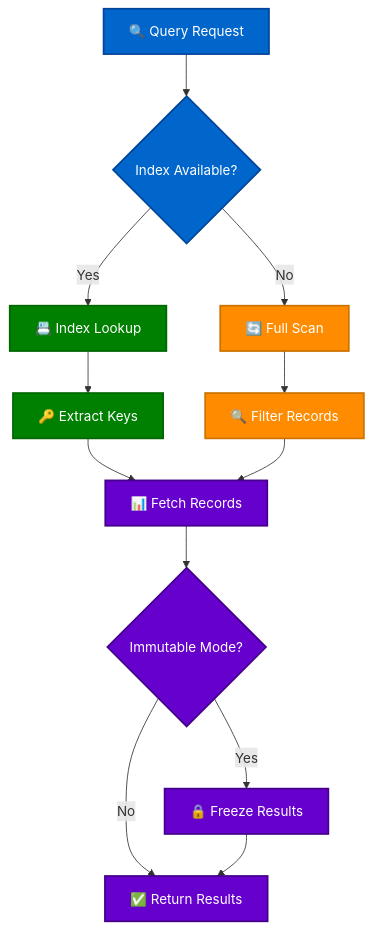
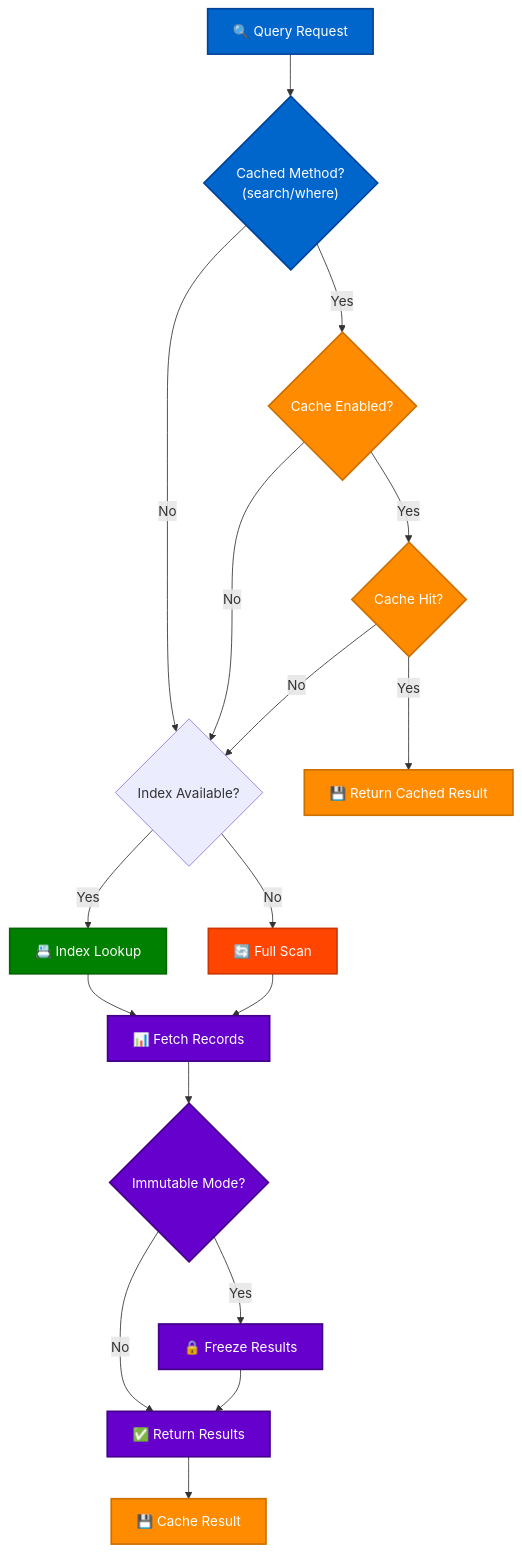
One commit to avoidwork/haro changed the second of 9 diagrams in docs/TECHNICAL_DOCUMENTATION.md. Above: the diagram before and after it, drawn with Mermaid. The commit also changed other lines of this file and 54 other files, not shown here.

````diff
--- a/docs/TECHNICAL_DOCUMENTATION.md
+++ b/docs/TECHNICAL_DOCUMENTATION.md
@@ -123,30 +133,39 @@
 ```mermaid
 flowchart TD
-    A["🔍 Query Request"] --> B{"Index Available?"}
+    A["🔍 Query Request"] --> B{"Cached Method?<br/>(search/where)"}
     
-    B -->|Yes| C["📇 Index Lookup"]
-    B -->|No| D["🔄 Full Scan"]
+    B -->|Yes| C{"Cache Enabled?"}
+    B -->|No| D{"Index Available?"}
     
-    C --> E["🔑 Extract Keys"]
-    D --> F["🔍 Filter Records"]
+    C -->|Yes| E{"Cache Hit?"}
+    C -->|No| D
     
-    E --> G["📊 Fetch Records"]
-    F --> G
+    E -->|Yes| F["💾 Return Cached Result"]
+    E -->|No| D
     
-    G --> H{"Immutable Mode?"}
+    D -->|Yes| G["📇 Index Lookup"]
+    D -->|No| H["🔄 Full Scan"]
     
-    H -->|Yes| I["🔒 Freeze Results"]
-    H -->|No| J["✅ Return Results"]
+    G --> I["📊 Fetch Records"]
+    H --> I
     
-    I --> J
+    I --> J{"Immutable Mode?"}
+    
+    J -->|Yes| K["🔒 Freeze Results"]
+    J -->|No| L["✅ Return Results"]
+    
+    K --> L
+    L --> M["💾 Cache Result"]
     
     classDef query fill:#0066CC,stroke:#004499,stroke-width:2px,color:#fff
+    classDef cache fill:#FF8C00,stroke:#CC7000,stroke-width:2px,color:#fff
     classDef index fill:#008000,stroke:#006600,stroke-width:2px,color:#fff
-    classDef scan fill:#FF8C00,stroke:#CC7000,stroke-width:2px,color:#fff
+    classDef scan fill:#FF4500,stroke:#CC3700,stroke-width:2px,color:#fff
     classDef result fill:#6600CC,stroke:#440088,stroke-width:2px,color:#fff
     
     class A,B query
-    class C,E index
-    class D,F scan
-    class G,H,I,J result
+    class C,E,F,M cache
+    class G index
+    class H scan
+    class I,J,K,L result
 ```
````
